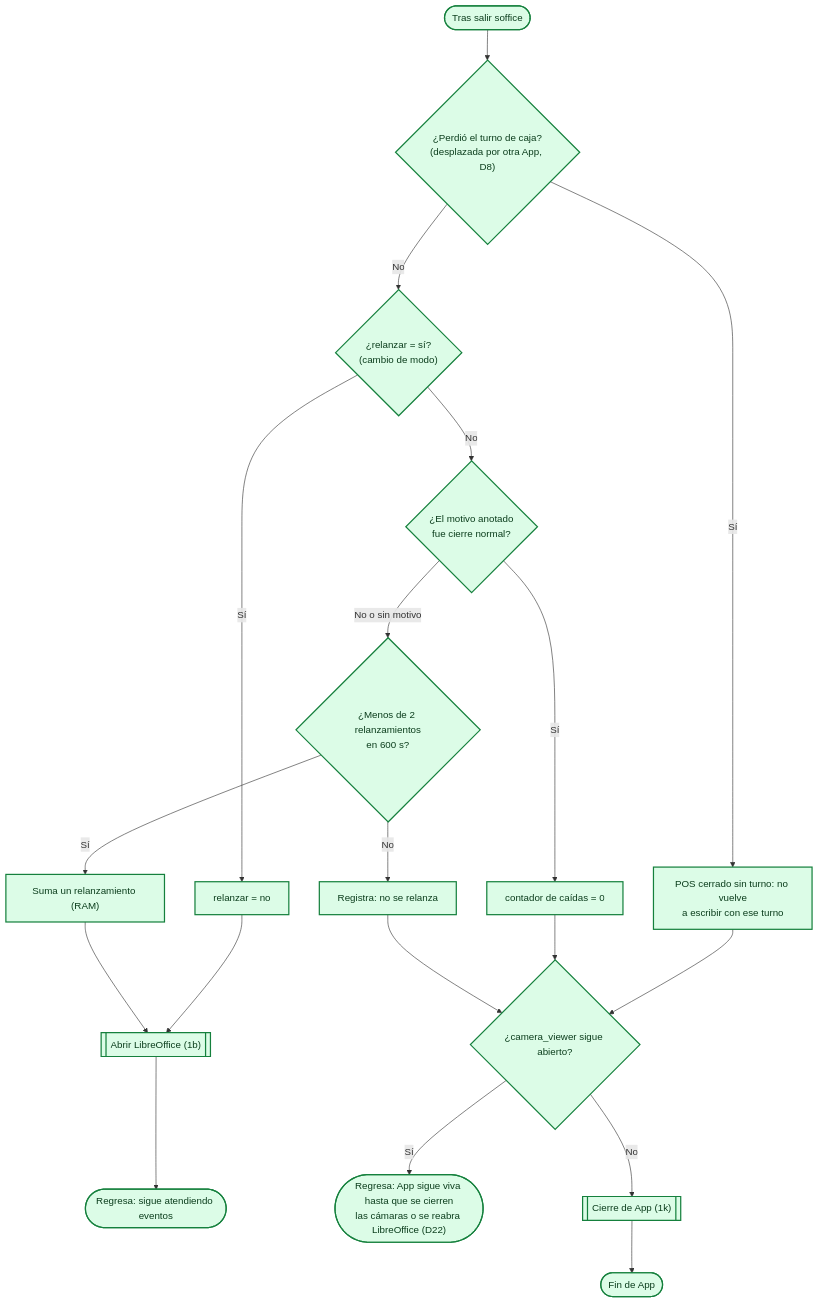
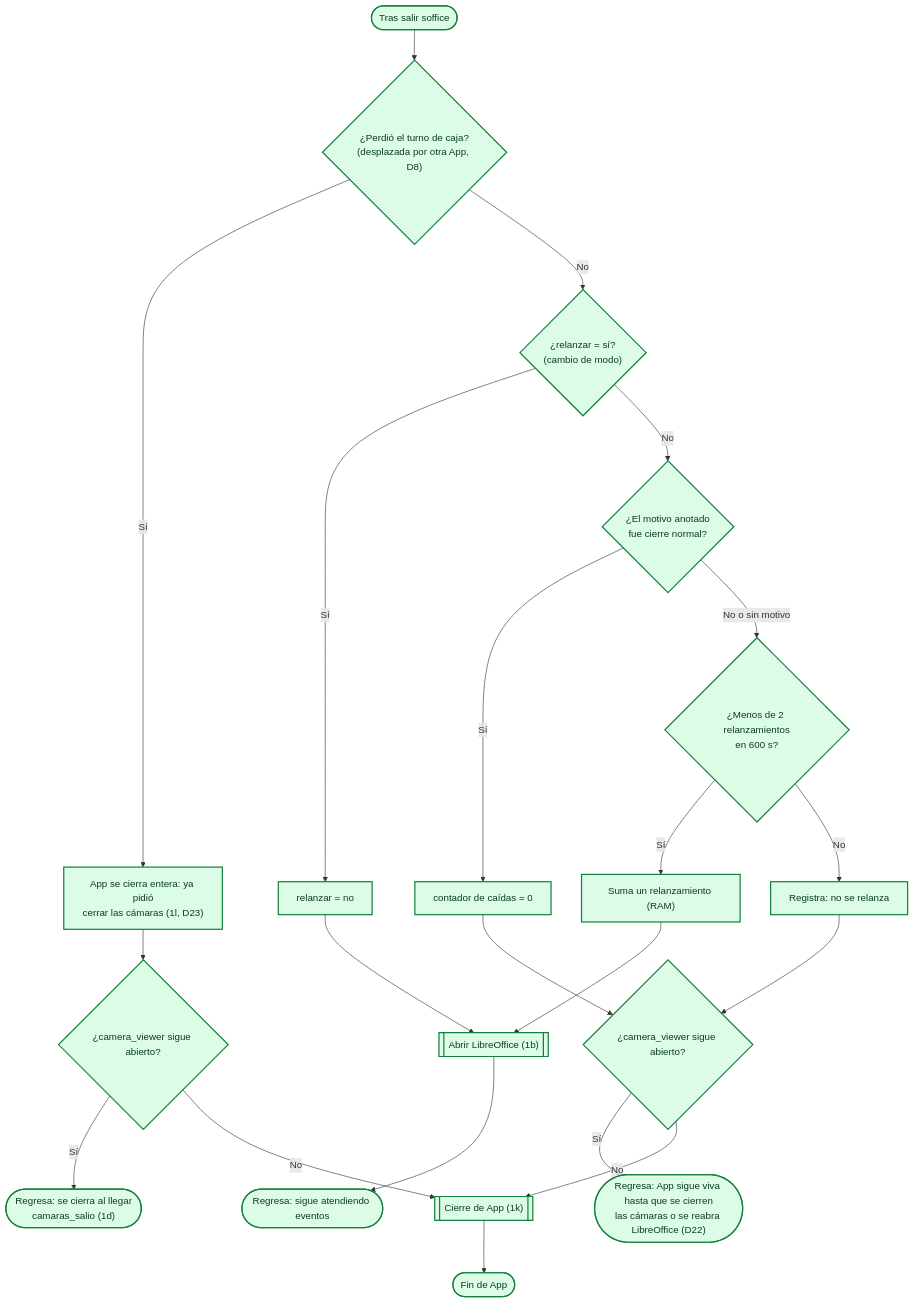
One commit to jesjack/sistema_ventas changed the diagram in v_3/docs/diagramas/flujo_01j_app_tras_salir_soffice.mmd. Above: the diagram before and after it, drawn with Mermaid. The commit also changed 12 other files, not shown here.

```diff
--- a/v_3/docs/diagramas/flujo_01j_app_tras_salir_soffice.mmd
+++ b/v_3/docs/diagramas/flujo_01j_app_tras_salir_soffice.mmd
@@ -1,47 +1,51 @@
 %% chip: App
 %% 1j. Tras salir soffice: cambio de modo, caída, cierre normal o turno perdido. App sigue viva si camera_viewer está abierto (D22).
 flowchart TD
     T0(["Tras salir soffice"])
     D0{"¿Perdió el turno de caja?<br/>(desplazada por otra App, D8)"}
-    G0["POS cerrado sin turno: no vuelve<br/>a escribir con ese turno"]
+    G0["App se cierra entera: ya pidió<br/>cerrar las cámaras (1l, D23)"]
+    Dcam2{"¿camera_viewer sigue abierto?"}
+    T4(["Regresa: se cierra al llegar<br/>camaras_salio (1d)"])
     D1{"¿relanzar = sí?<br/>(cambio de modo)"}
     G1["relanzar = no"]
     S1[["Abrir LibreOffice (1b)"]]
     T2(["Regresa: sigue atendiendo eventos"])
     D2{"¿El motivo anotado<br/>fue cierre normal?"}
     G2["contador de caídas = 0"]
     D3{"¿Menos de 2 relanzamientos<br/>en 600 s?"}
     G3["Suma un relanzamiento (RAM)"]
     G4["Registra: no se relanza"]
     Dcam{"¿camera_viewer sigue abierto?"}
     T3(["Regresa: App sigue viva hasta que se cierren<br/>las cámaras o se reabra LibreOffice (D22)"])
     S9[["Cierre de App (1k)"]]
     T9(["Fin de App"])
 
     T0 --> D0
     D0 -- "Sí" --> G0
-    G0 --> Dcam
+    G0 --> Dcam2
+    Dcam2 -- "Sí" --> T4
+    Dcam2 -- "No" --> S9
     D0 -- "No" --> D1
     D1 -- "Sí" --> G1
     G1 --> S1
     S1 --> T2
     D1 -- "No" --> D2
     D2 -- "Sí" --> G2
     G2 --> Dcam
     D2 -- "No o sin motivo" --> D3
     D3 -- "Sí" --> G3
     G3 --> S1
     D3 -- "No" --> G4
     G4 --> Dcam
     Dcam -- "Sí" --> T3
     Dcam -- "No" --> S9
     S9 --> T9
 
     classDef default fill:#dcfce7,stroke:#15803d,color:#0b3d1c,stroke-width:2px
     classDef par fill:#15803d,stroke:#111827,color:#ffffff,stroke-width:2px
     classDef app fill:#dcfce7,stroke:#15803d,color:#0b3d1c,stroke-width:2px
     classDef sof fill:#dbeafe,stroke:#1d4ed8,color:#0b1f4d,stroke-width:2px
     classDef bas fill:#fef9c3,stroke:#a16207,color:#422006,stroke-width:2px
     classDef uno fill:#ccfbf1,stroke:#0f766e,color:#042f2e,stroke-width:2px
     classDef cam fill:#ffedd5,stroke:#c2410c,color:#431407,stroke-width:2px
     classDef ext fill:#f3f4f6,stroke:#6b7280,color:#1f2937,stroke-width:1px,stroke-dasharray:4 3
```
